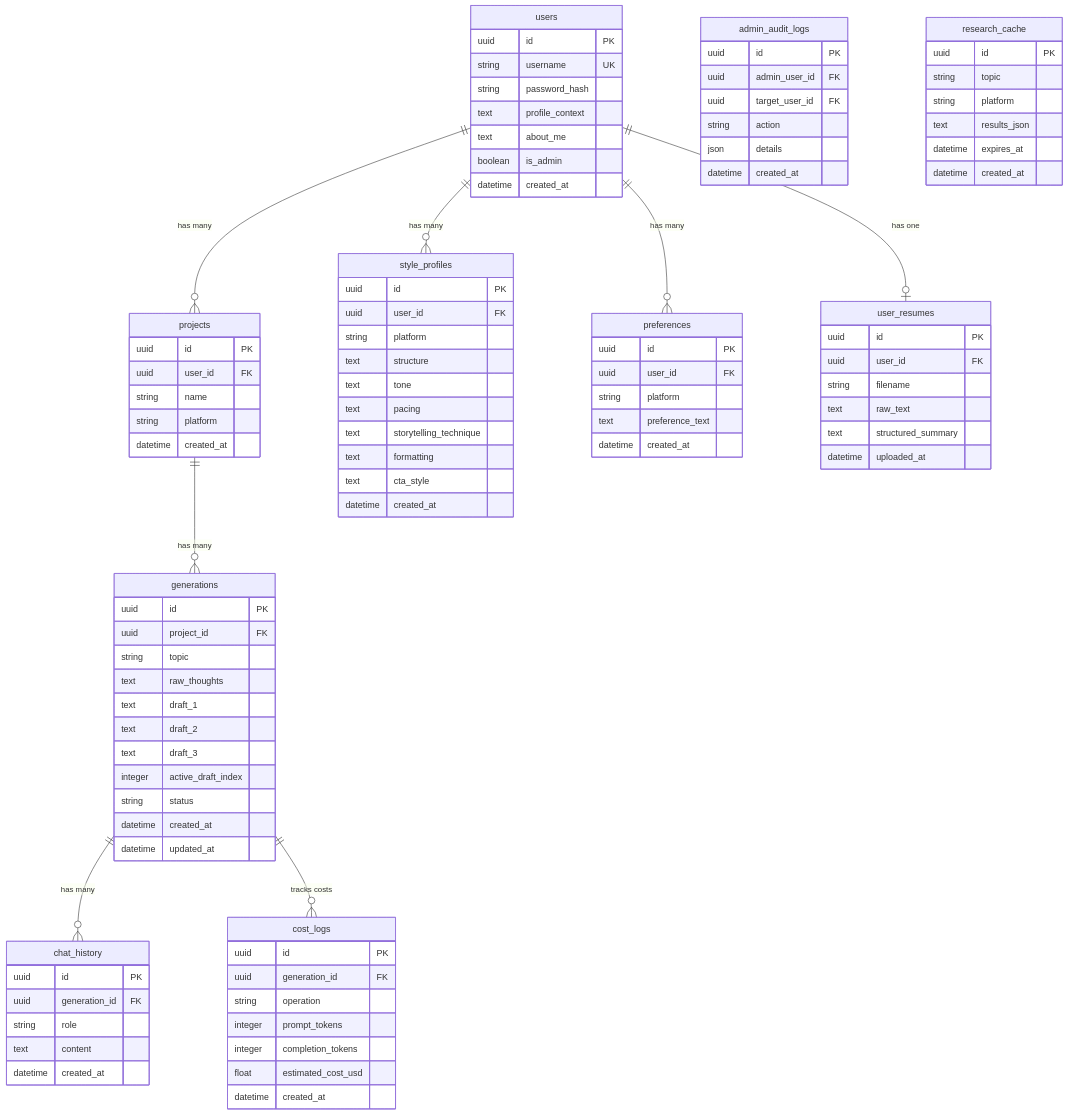
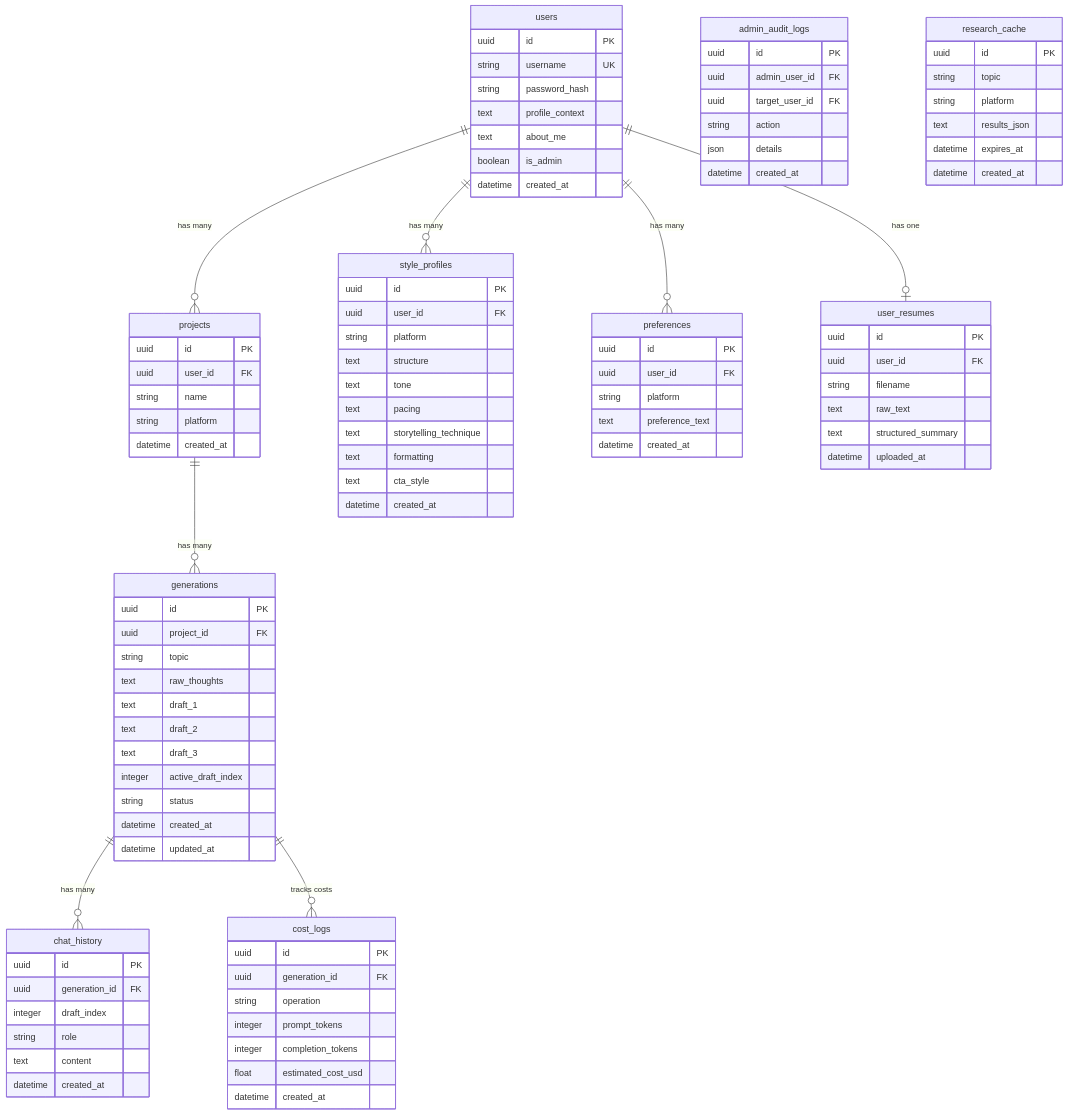
One commit to xShikhar/PostCraft-AI changed the fifth of 5 diagrams in PostCraft_AI_Complete_Documentation.md. Above: the diagram before and after it, drawn with Mermaid. The commit also changed other lines of this file and 2 other files, not shown here.

```diff
--- a/PostCraft_AI_Complete_Documentation.md
+++ b/PostCraft_AI_Complete_Documentation.md
@@ -384,6 +392,7 @@
     chat_history {
         uuid id PK
         uuid generation_id FK
+        integer draft_index
         string role
         text content
         datetime created_at
```
